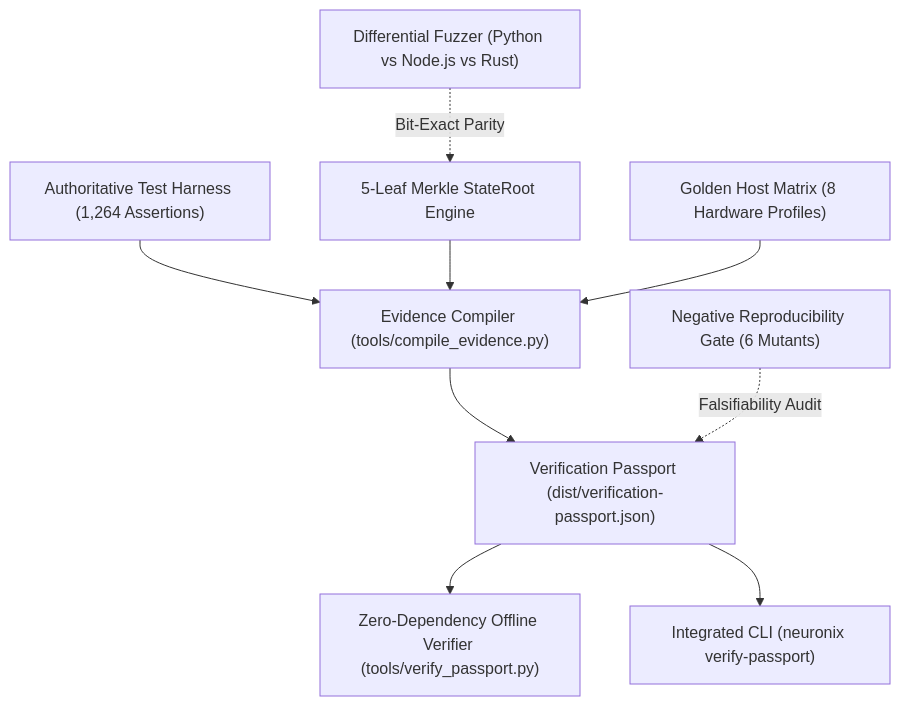
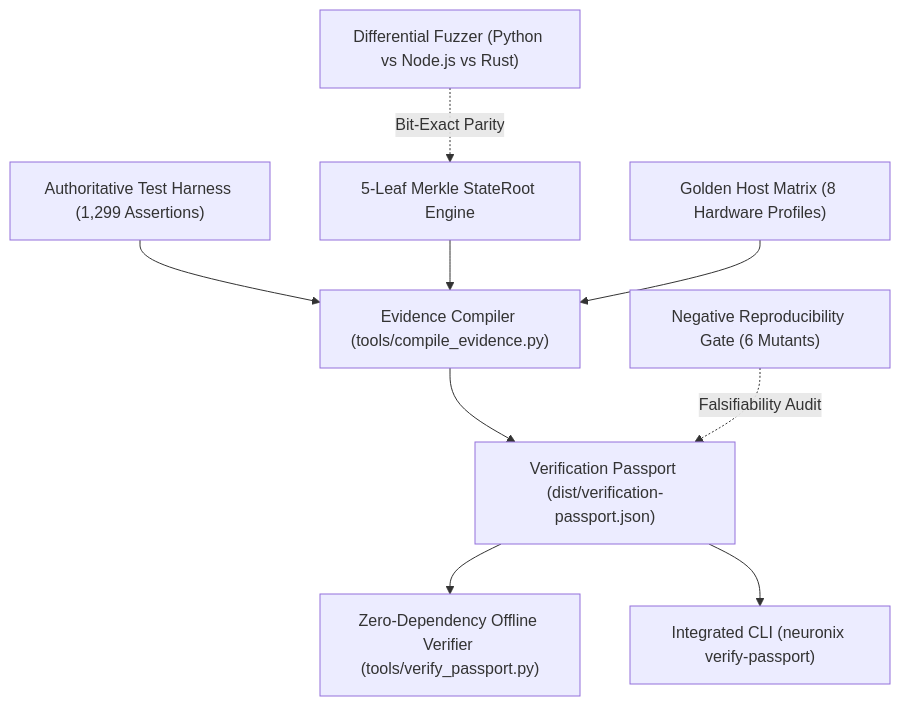
One commit to adamriofc/NeuronixOS changed the sixth of 7 diagrams in README.md. Above: the diagram before and after it, drawn with Mermaid. The commit also changed other lines of this file and 30 other files, not shown here.

````diff
--- a/README.md
+++ b/README.md
@@ -1027,11 +1027,11 @@
 ```mermaid
 flowchart TD
-    A["Authoritative Test Harness (1,264 Assertions)"] --> B["Evidence Compiler (tools/compile_evidence.py)"]
+    A["Authoritative Test Harness (1,299 Assertions)"] --> B["Evidence Compiler (tools/compile_evidence.py)"]
     C["5-Leaf Merkle StateRoot Engine"] --> B
     D["Golden Host Matrix (8 Hardware Profiles)"] --> B
     B --> E["Verification Passport (dist/verification-passport.json)"]
     E --> F["Zero-Dependency Offline Verifier (tools/verify_passport.py)"]
     E --> G["Integrated CLI (neuronix verify-passport)"]
     H["Negative Reproducibility Gate (6 Mutants)"] -.->|Falsifiability Audit| E
     I["Differential Fuzzer (Python vs Node.js vs Rust)"] -.->|Bit-Exact Parity| C
 ```
````
